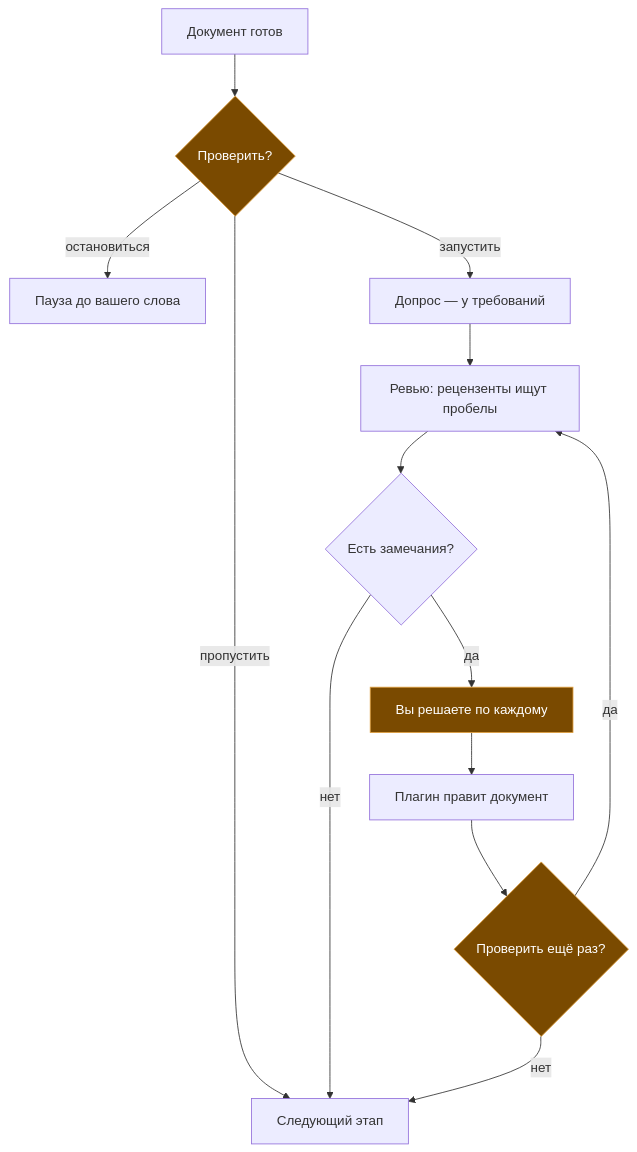
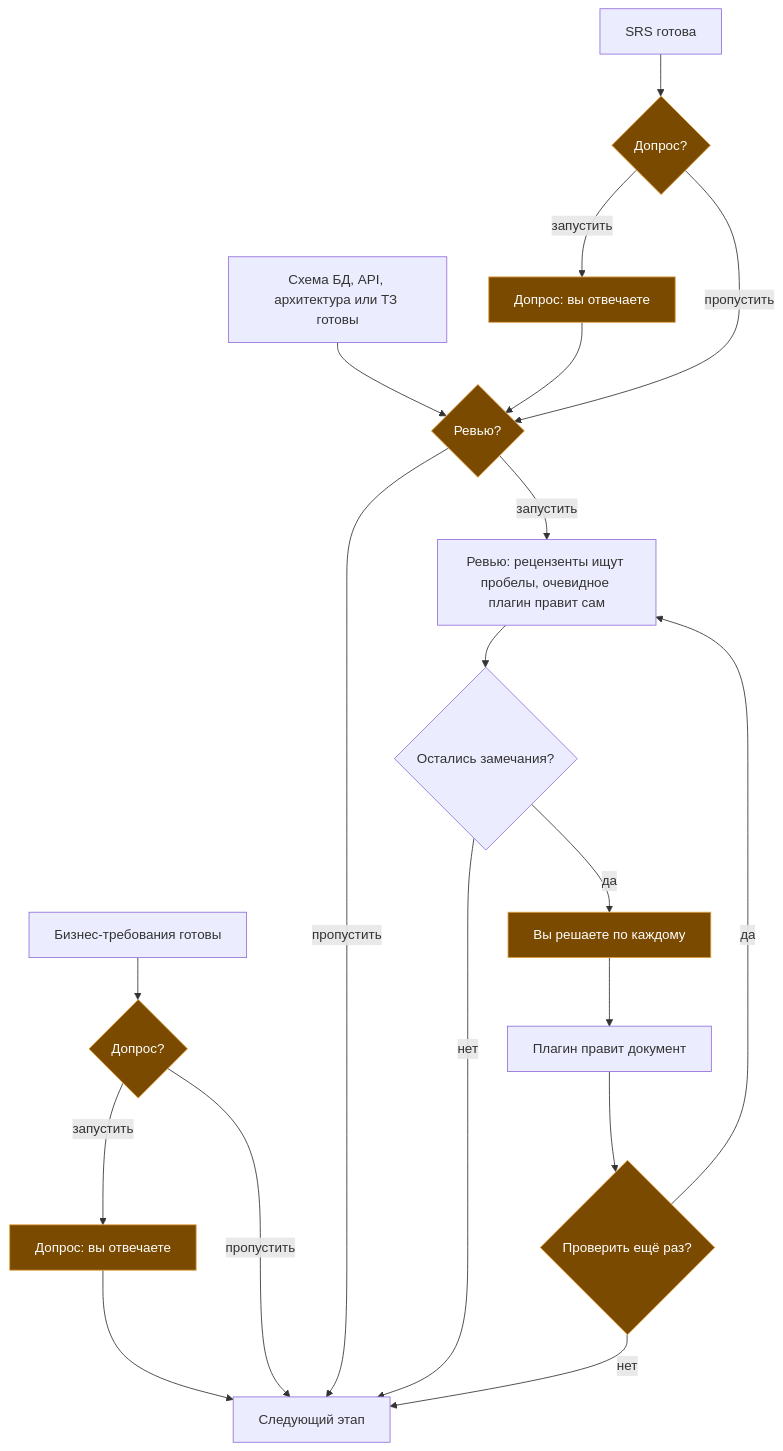
Before and after one commit to Idontlikedrinkpivo/web-dev-pipeline-claude-plugin: the second of 4 diagrams in README.md, drawn with Mermaid. The commit also changed other lines of this file and 7 other files, not shown here.

````diff
--- a/README.md
+++ b/README.md
@@ -304,17 +257,21 @@
 ```mermaid
 flowchart TD
-    A[Документ готов] --> Q{Проверить?}
-    Q -- пропустить --> N[Следующий этап]
-    Q -- остановиться --> X[Пауза до вашего слова]
-    Q -- запустить --> G[Допрос — у требований]
-    G --> R[Ревью: рецензенты ищут пробелы]
-    R --> F{Есть замечания?}
+    I[Бизнес-требования готовы] --> G1{Допрос?}
+    S[SRS готова] --> G2{Допрос?}
+    O[Схема БД, API, архитектура или ТЗ готовы] --> Q{Ревью?}
+    G1 -- запустить --> D1[Допрос: вы отвечаете] --> N[Следующий этап]
+    G1 -- пропустить --> N
+    G2 -- запустить --> D2[Допрос: вы отвечаете] --> Q
+    G2 -- пропустить --> Q
+    Q -- пропустить --> N
+    Q -- запустить --> R[Ревью: рецензенты ищут пробелы, очевидное плагин правит сам]
+    R --> F{Остались замечания?}
     F -- нет --> N
     F -- да --> D[Вы решаете по каждому]
     D --> P[Плагин правит документ]
     P --> Q2{Проверить ещё раз?}
     Q2 -- да --> R
     Q2 -- нет --> N
     classDef you fill:#7a4a00,stroke:#e0a040,color:#ffffff
-    class Q,D,Q2 you
+    class G1,G2,D1,D2,Q,D,Q2 you
 ```
````
